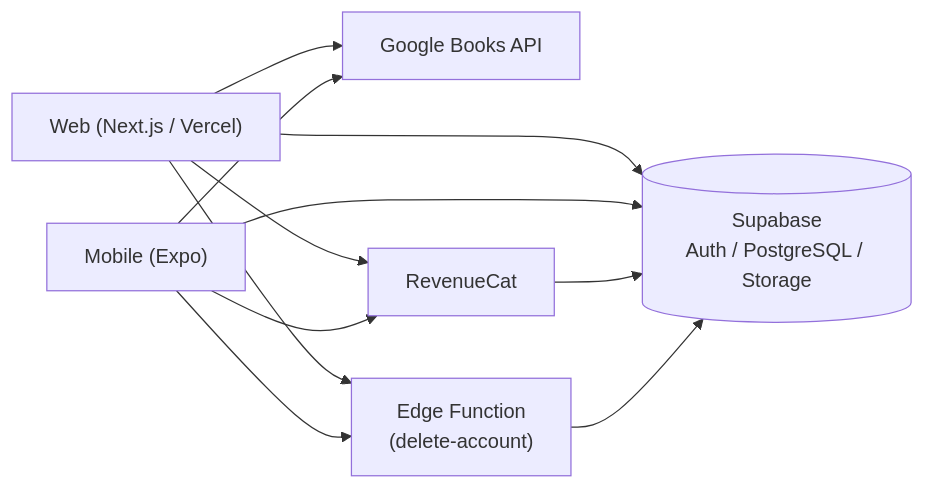
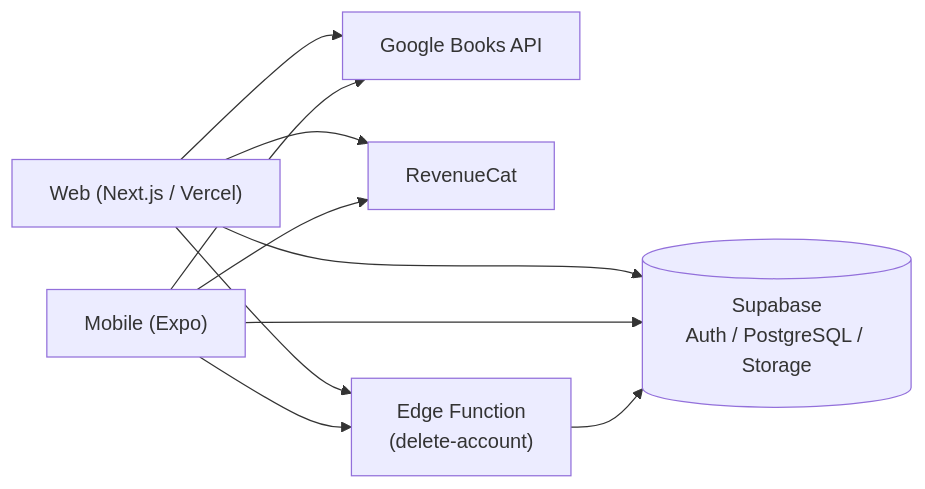
The diagram in README.md (yone-haru/digital-siori), drawn with Mermaid before and after one commit. The commit also changed 32 other files, not shown here.

First line of the commit message:
docs: remove factually incorrect RC-->DB edge from architecture diagram

````diff
--- a/README.md
+++ b/README.md
@@ -47,20 +47,19 @@
 ```mermaid
 graph LR
   Web["Web (Next.js / Vercel)"]
   Mobile["Mobile (Expo)"]
   DB[("Supabase<br/>Auth / PostgreSQL / Storage")]
   Books["Google Books API"]
   RC["RevenueCat"]
   Del["Edge Function<br/>(delete-account)"]
 
   Web --> DB
   Mobile --> DB
   Web --> Books
   Mobile --> Books
   Web --> RC
   Mobile --> RC
-  RC --> DB
   Web --> Del
   Mobile --> Del
   Del --> DB
 ```
````
